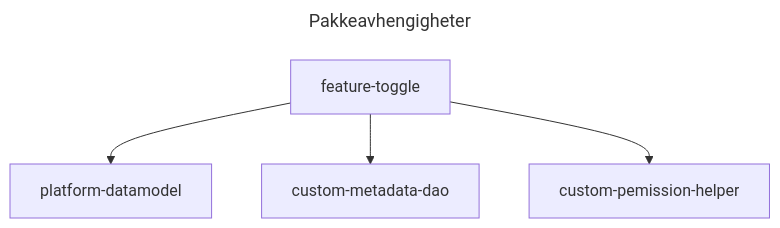
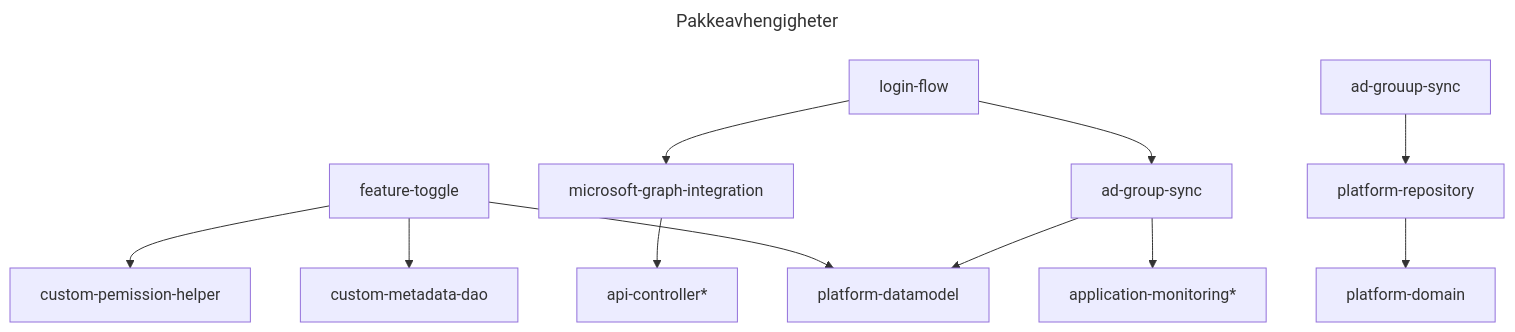
Before and after one commit to navikt/sf-platform: the diagram in README.md, drawn with Mermaid. The commit also changed other lines of this file and 1 other file, not shown here.

Commit message:
Oppdatert beskrivelse av pakkestruktur

````diff
--- a/README.md
+++ b/README.md
@@ -22,10 +22,18 @@
 ```mermaid
 ---
 title: Pakkeavhengigheter
 ---
 graph TD
     custom-pemission-helper
     feature-toggle --> platform-datamodel;
     feature-toggle --> custom-metadata-dao;
     feature-toggle --> custom-pemission-helper;
+    login-flow
+    login-flow --> ad-group-sync;
+    login-flow --> microsoft-graph-integration;
+    microsoft-graph-integration --> api-controller*
+    ad-group-sync --> platform-datamodel;
+    ad-group-sync --> application-monitoring*;
+    ad-grouup-sync --> platform-repository;
+    platform-repository --> platform-domain;
 ```
````
